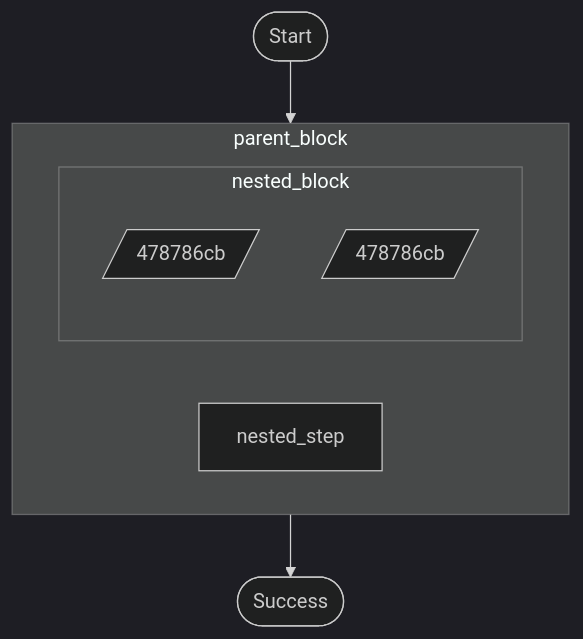
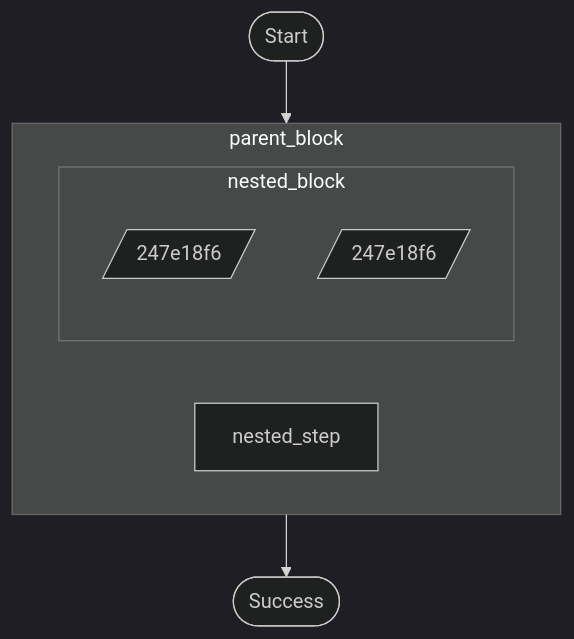
Before and after one commit to guyernest/lambda-durable-execution-rust: the diagram in examples/diagrams/block_example.mermaid, drawn with Mermaid (dark theme). The commit also changed 34 other files, not shown here.

First line of the commit message:
feat(examples): add parallel_named + regenerate diagrams

```diff
--- a/examples/diagrams/block_example.mermaid
+++ b/examples/diagrams/block_example.mermaid
@@ -1,11 +1,11 @@
 flowchart TD
-    n_4e2c46bb_bab6_38_start([Start])
-    subgraph n_a4009b439a71f8ca["parent_block"]
-        n_90a91fb3a13f1bed_Step_3["nested_step"]
-        subgraph n_9b9dcaf2ae8e1bb5["nested_block"]
-            n_478786cb75e45f14_Wait_5[/"478786cb"/]
-            n_478786cb75e45f14_Wait_7[/"478786cb"/]
+    n_3983ff65_c732_3d_start([Start])
+    subgraph n_2fc18fa04b04d421["parent_block"]
+        n_51354675028409e1_Step_3["nested_step"]
+        subgraph n_054451e2809a33d6["nested_block"]
+            n_247e18f62ba9feda_Wait_5[/"247e18f6"/]
+            n_247e18f62ba9feda_Wait_7[/"247e18f6"/]
         end
     end
-    n_4e2c46bb_bab6_38_end([Success])
-    n_4e2c46bb_bab6_38_start --> n_a4009b439a71f8ca --> n_4e2c46bb_bab6_38_end
+    n_3983ff65_c732_3d_end([Success])
+    n_3983ff65_c732_3d_start --> n_2fc18fa04b04d421 --> n_3983ff65_c732_3d_end
```
